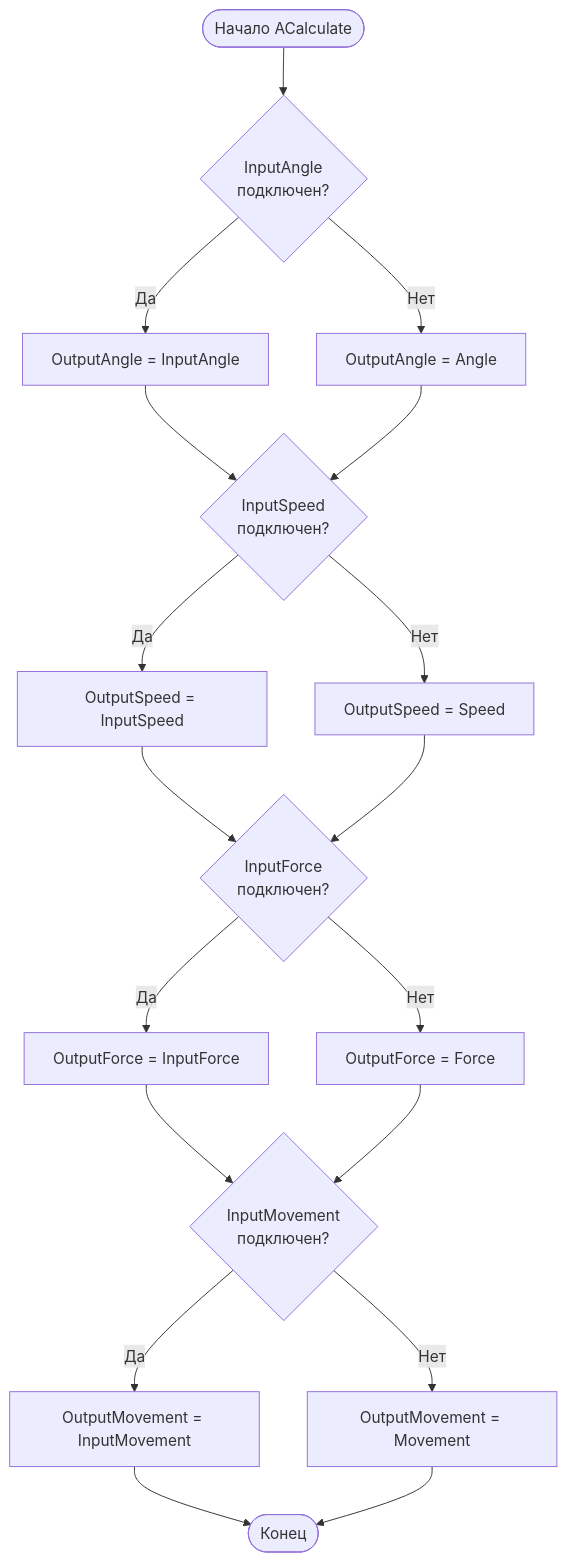
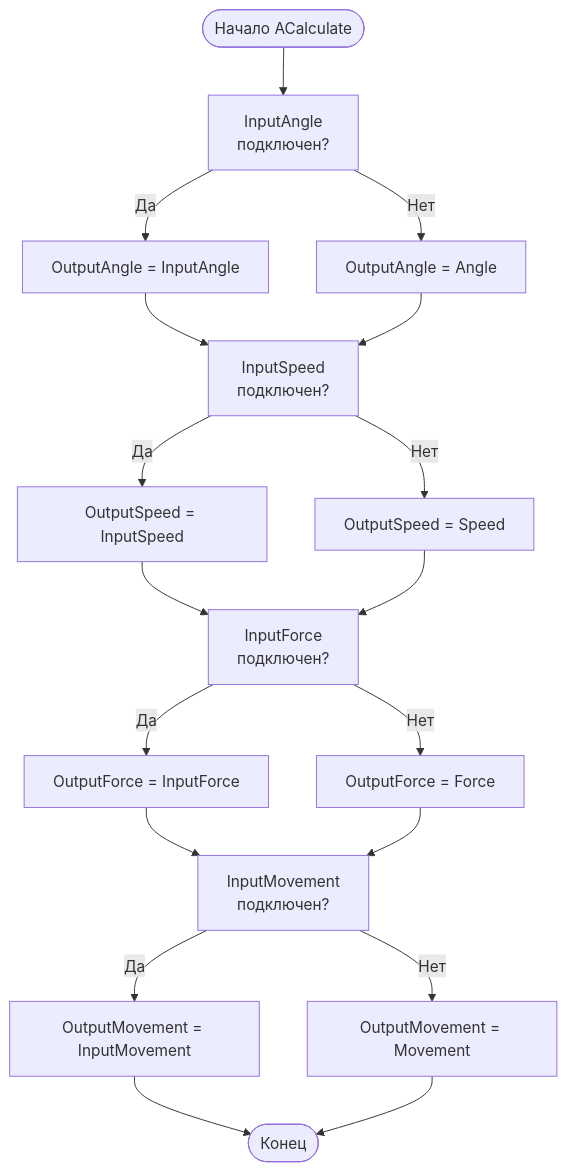
The fourth of 5 diagrams in Docs/Components/NManipulatorSource.md (aicommunity/Nmsdk-MotionControlLib), drawn with Mermaid before and after one commit. The commit also changed other lines of this file and 39 other files, not shown here.

First line of the commit message:
docs(motion): normalize mermaid node ids with quoted labels

````diff
--- a/Docs/Components/NManipulatorSource.md
+++ b/Docs/Components/NManipulatorSource.md
@@ -89,20 +89,20 @@
 ```mermaid
 flowchart TD
-    Start([Начало ACalculate]) --> CheckInputAngle{InputAngle<br/>подключен?}
+    Start([Начало ACalculate]) --> CheckInputAngle["InputAngle<br/>подключен?"]
     CheckInputAngle -->|Да| ReadInputAngle[OutputAngle = InputAngle]
     CheckInputAngle -->|Нет| UseParamAngle[OutputAngle = Angle]
     ReadInputAngle --> CheckInputSpeed
-    UseParamAngle --> CheckInputSpeed{InputSpeed<br/>подключен?}
+    UseParamAngle --> CheckInputSpeed["InputSpeed<br/>подключен?"]
     CheckInputSpeed -->|Да| ReadInputSpeed[OutputSpeed = InputSpeed]
     CheckInputSpeed -->|Нет| UseParamSpeed[OutputSpeed = Speed]
     ReadInputSpeed --> CheckInputForce
-    UseParamSpeed --> CheckInputForce{InputForce<br/>подключен?}
+    UseParamSpeed --> CheckInputForce["InputForce<br/>подключен?"]
     CheckInputForce -->|Да| ReadInputForce[OutputForce = InputForce]
     CheckInputForce -->|Нет| UseParamForce[OutputForce = Force]
     ReadInputForce --> CheckInputMovement
-    UseParamForce --> CheckInputMovement{InputMovement<br/>подключен?}
+    UseParamForce --> CheckInputMovement["InputMovement<br/>подключен?"]
     CheckInputMovement -->|Да| ReadInputMovement[OutputMovement = InputMovement]
     CheckInputMovement -->|Нет| UseParamMovement[OutputMovement = Movement]
     ReadInputMovement --> End([Конец])
     UseParamMovement --> End
 ```
````
